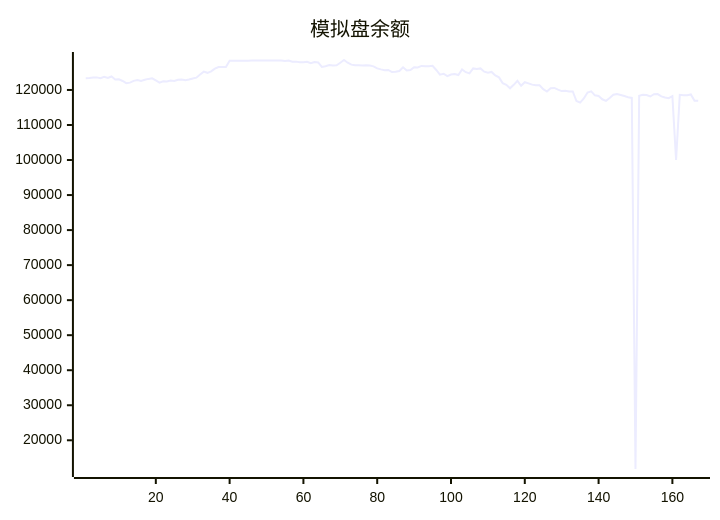
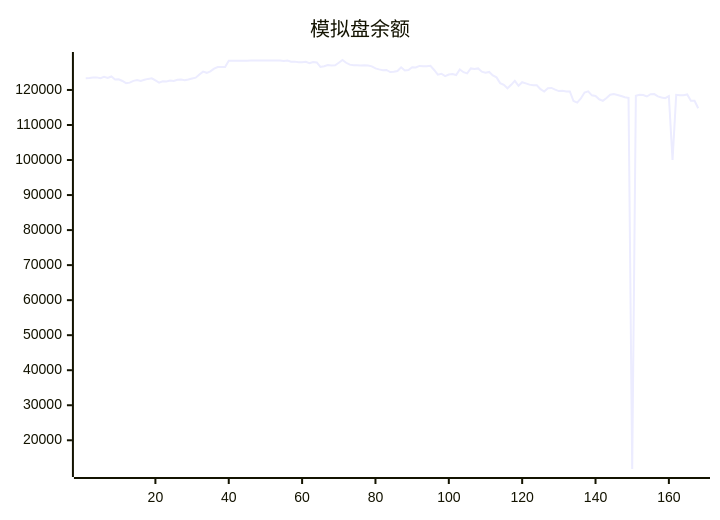
Before and after one commit to aahl/ai-trading: the diagram in README.md, drawn with Mermaid. The commit also changed other lines of this file and 1 other file, not shown here.

````diff
--- a/README.md
+++ b/README.md
@@ -5,5 +5,5 @@
 ```mermaid
 xychart
     title "模拟盘余额"
-    line [123338,123402,123530,123592,123378,123745,123413,123853,123009,123040,122557,121938,122095,122599,122856,122597,122898,123160,123319,122719,122087,122454,122416,122685,122592,122907,122961,122776,122981,123295,123507,124403,125224,124894,125303,126088,126544,126534,126549,128335,128318,128318,128318,128318,128318,128424,128424,128424,128424,128424,128424,128424,128424,128424,128247,128412,128062,128087,127917,127901,128026,127611,128000,127850,126572,126770,127100,126971,127029,127783,128554,127765,127224,127064,127044,127009,127025,127004,126738,126152,125871,125635,125707,125117,125217,125420,126480,125545,125715,126511,126424,126856,126764,126788,126890,125710,124381,124632,123936,124402,124574,124256,125833,125070,124739,126154,125966,126145,125213,124943,125143,124157,123604,121959,121476,120476,121470,122610,121201,122221,121889,121522,121332,121344,120232,119559,120513,120577,120108,119680,119777,119572,119568,116839,116392,117573,119250,119585,118469,118277,117338,116897,117706,118628,118849,118579,118280,117926,117735,11802,118373,118639,118544,118136,118798,118819,118162,117874,117649,118215,100000,118601,118463,118517,118713,116911,116899]
+    line [123338,123402,123530,123592,123378,123745,123413,123853,123009,123040,122557,121938,122095,122599,122856,122597,122898,123160,123319,122719,122087,122454,122416,122685,122592,122907,122961,122776,122981,123295,123507,124403,125224,124894,125303,126088,126544,126534,126549,128335,128318,128318,128318,128318,128318,128424,128424,128424,128424,128424,128424,128424,128424,128424,128247,128412,128062,128087,127917,127901,128026,127611,128000,127850,126572,126770,127100,126971,127029,127783,128554,127765,127224,127064,127044,127009,127025,127004,126738,126152,125871,125635,125707,125117,125217,125420,126480,125545,125715,126511,126424,126856,126764,126788,126890,125710,124381,124632,123936,124402,124574,124256,125833,125070,124739,126154,125966,126145,125213,124943,125143,124157,123604,121959,121476,120476,121470,122610,121201,122221,121889,121522,121332,121344,120232,119559,120513,120577,120108,119680,119777,119572,119568,116839,116392,117573,119250,119585,118469,118277,117338,116897,117706,118628,118849,118579,118280,117926,117735,11802,118373,118639,118544,118136,118798,118819,118162,117874,117649,118215,100000,118601,118463,118517,118713,116911,116899,114798]
 ```
````
